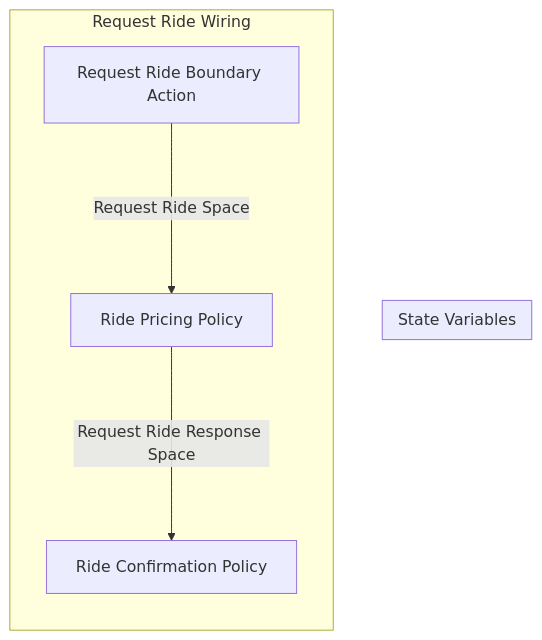
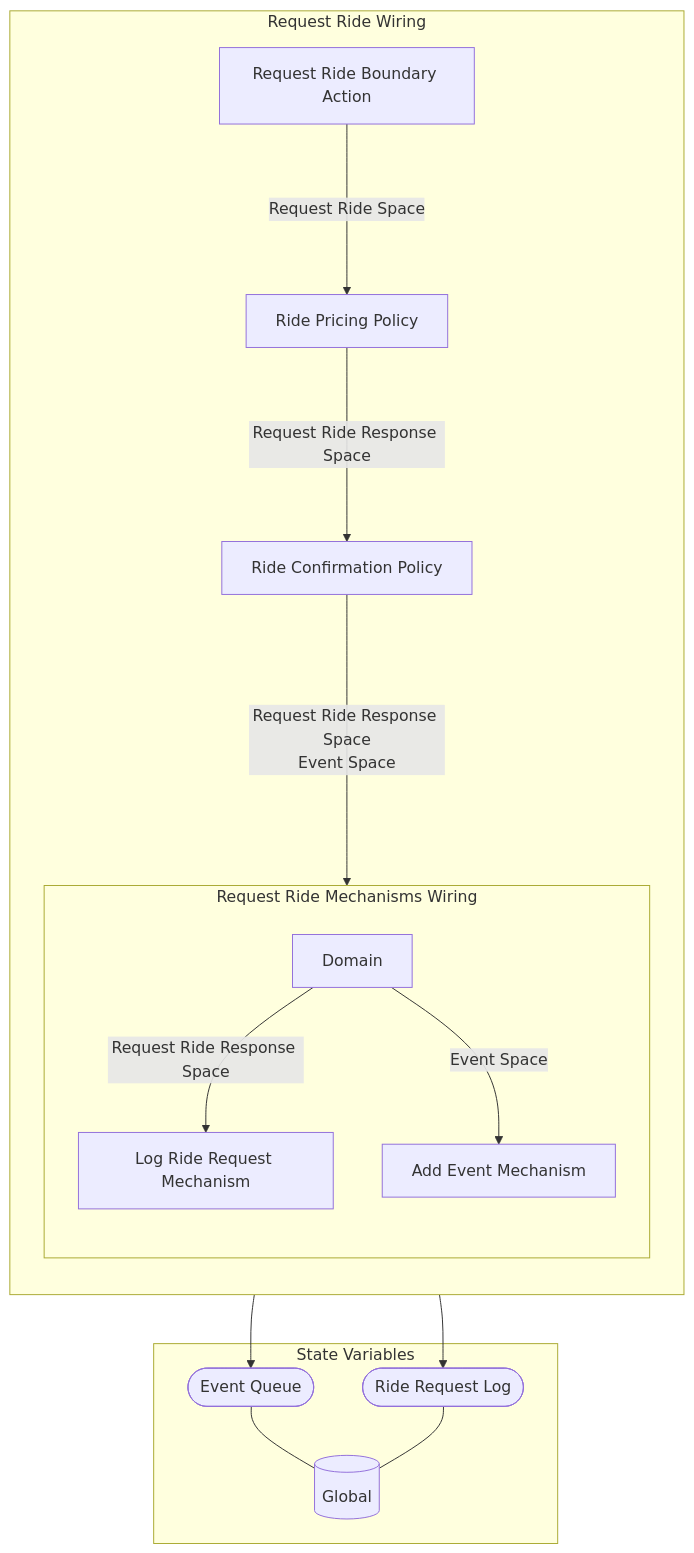
Before and after one commit to BlockScience/rideshare-model: the fourth of 4 diagrams in reports/markdown/Displays/Wiring/All Top Level Wirings.md, drawn with Mermaid. The commit also changed other lines of this file and 20 other files, not shown here.

Commit message:
Ride request log mech

````diff
--- a/reports/markdown/Displays/Wiring/All Top Level Wirings.md
+++ b/reports/markdown/Displays/Wiring/All Top Level Wirings.md
@@ -63,15 +63,35 @@
 ```mermaid
 graph TB
 
 subgraph SVS["State Variables"]
+EE0[("Global")]
+EES0(["Event Queue"])
+EES0 --- EE0
+EES1(["Ride Request Log"])
+EES1 --- EE0
 end
 
-subgraph X4["Request Ride Wiring"]
+subgraph X9["Request Ride Wiring"]
 direction TB
 X1["Request Ride Boundary Action"]
 X2["Ride Pricing Policy"]
 X3["Ride Confirmation Policy"]
+subgraph X8["Request Ride Mechanisms Wiring"]
+direction TB
+X4["Log Ride Request Mechanism"]
+X4 --> EES1
+X5["Add Event Mechanism"]
+X5 --> EES0
+X6[Domain]
+
+direction LR
+direction TB
+X6 --"Request Ride Response Space"--> X4
+X6 --"Event Space"--> X5
+end
 X1--"Request Ride Space"--->X2
 X2--"Request Ride Response Space"--->X3
+X3--"Request Ride Response Space
+Event Space"---->X8
 end
 ```
````
